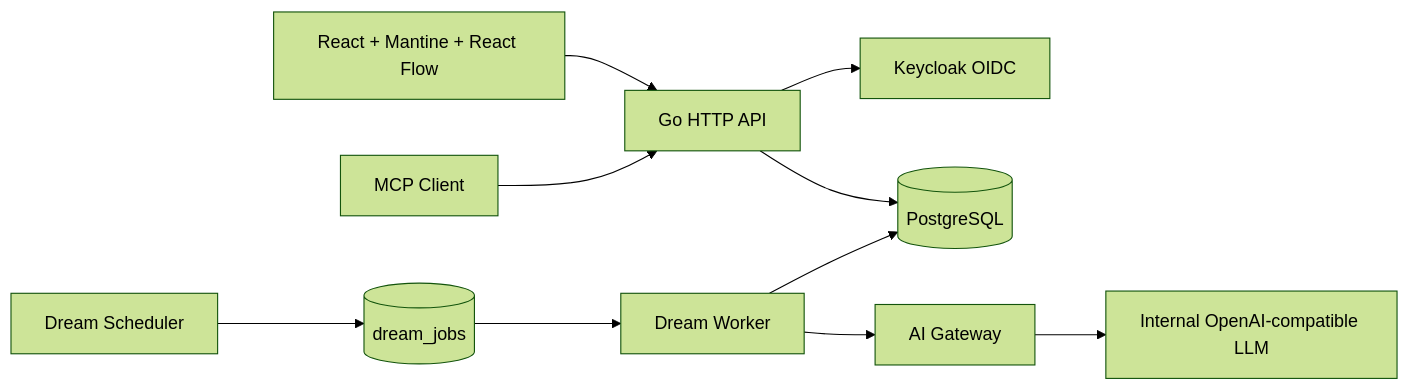
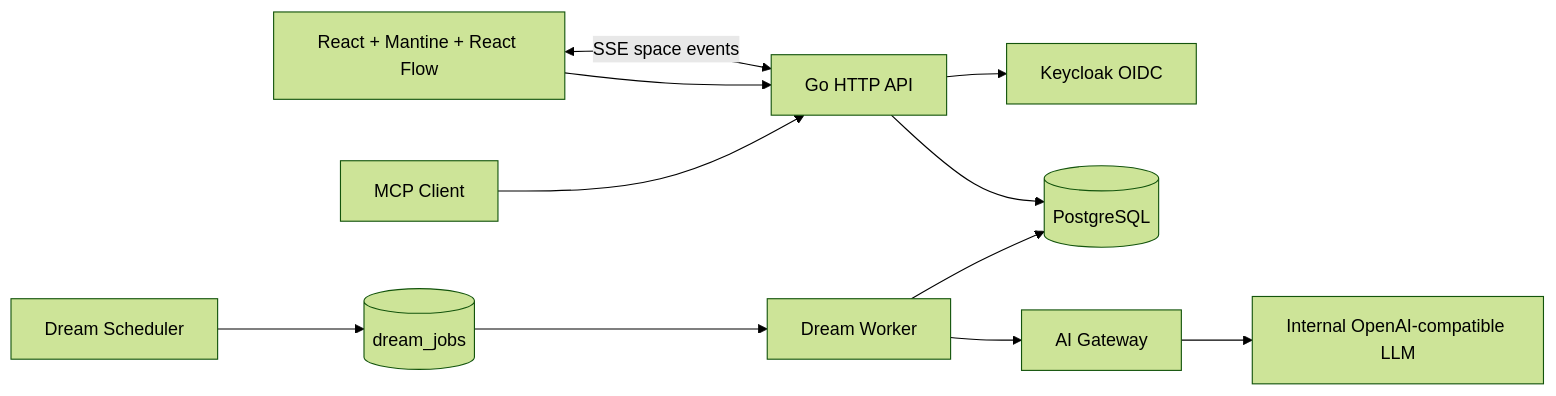
The diagram in docs/ARCHITECTURE.md (hkjang/umm), drawn with Mermaid (forest theme) before and after one commit. The commit also changed other lines of this file and 34 other files, not shown here.

````diff
--- a/docs/ARCHITECTURE.md
+++ b/docs/ARCHITECTURE.md
@@ -3,12 +3,13 @@
 ```mermaid
 flowchart LR
   Browser[React + Mantine + React Flow] --> API[Go HTTP API]
+  Browser <-->|SSE space events| API
   MCP[MCP Client] --> API
   API --> PG[(PostgreSQL)]
   API --> KC[Keycloak OIDC]
   Scheduler[Dream Scheduler] --> Queue[(dream_jobs)]
   Queue --> Worker[Dream Worker]
   Worker --> Gateway[AI Gateway]
   Gateway --> LLM[Internal OpenAI-compatible LLM]
   Worker --> PG
 ```
````
